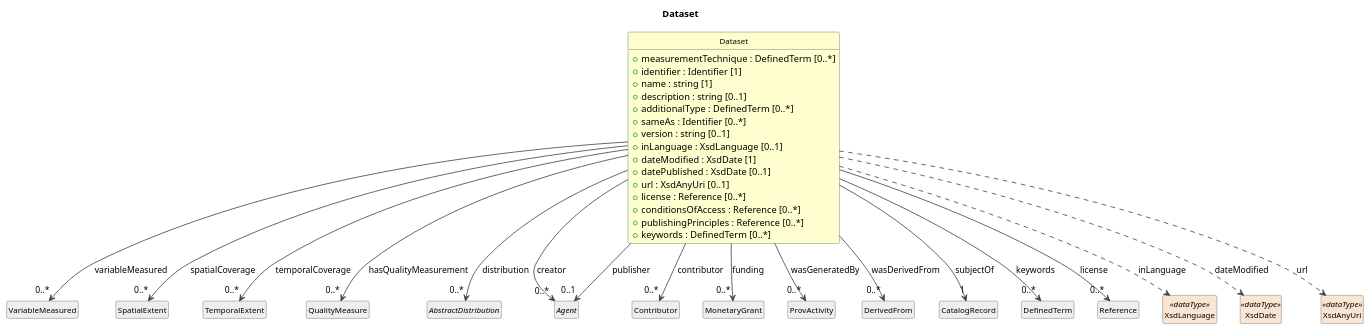
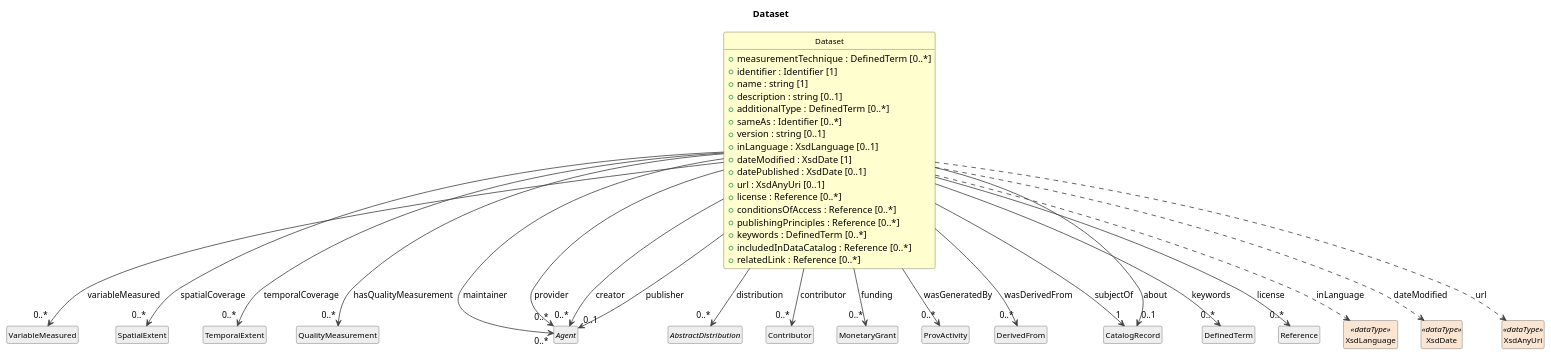
Before and after one commit to Cross-Domain-Interoperability-Framework/metadataBuildingBlocks: the diagram in cdif-uml-model/CDIFDiscovery/Classes/Dataset.pu, drawn with PlantUML. The commit also changed 504 other files, not shown here.

First line of the commit message:
Regenerate cdif-uml-model browser from current profile configs

```diff
--- a/cdif-uml-model/CDIFDiscovery/Classes/Dataset.pu
+++ b/cdif-uml-model/CDIFDiscovery/Classes/Dataset.pu
@@ -1,64 +1,69 @@
 @startuml
 title Dataset
 hide circle
 hide empty members
 skinparam shadowing false
 skinparam ArrowThickness 1.2
 skinparam class {
   ArrowColor #404040
   BorderColor #404040
   FontSize 12
 }
 
 class "Dataset" as Dataset #FEFECE {
   +measurementTechnique : DefinedTerm [0..*]
   +identifier : Identifier [1]
   +name : string [1]
   +description : string [0..1]
   +additionalType : DefinedTerm [0..*]
   +sameAs : Identifier [0..*]
   +version : string [0..1]
   +inLanguage : XsdLanguage [0..1]
   +dateModified : XsdDate [1]
   +datePublished : XsdDate [0..1]
   +url : XsdAnyUri [0..1]
   +license : Reference [0..*]
   +conditionsOfAccess : Reference [0..*]
   +publishingPrinciples : Reference [0..*]
   +keywords : DefinedTerm [0..*]
+  +includedInDataCatalog : Reference [0..*]
+  +relatedLink : Reference [0..*]
 }
 class "VariableMeasured" as VariableMeasured #EEEEEE
 Dataset --> "0..*" VariableMeasured : variableMeasured
 class "SpatialExtent" as SpatialExtent #EEEEEE
 Dataset --> "0..*" SpatialExtent : spatialCoverage
 class "TemporalExtent" as TemporalExtent #EEEEEE
 Dataset --> "0..*" TemporalExtent : temporalCoverage
-class "QualityMeasure" as QualityMeasure #EEEEEE
-Dataset --> "0..*" QualityMeasure : hasQualityMeasurement
+class "QualityMeasurement" as QualityMeasurement #EEEEEE
+Dataset --> "0..*" QualityMeasurement : hasQualityMeasurement
+abstract class "Agent" as Agent #EEEEEE
+Dataset --> "0..*" Agent : maintainer
+Dataset --> "0..*" Agent : provider
 abstract class "AbstractDistribution" as AbstractDistribution #EEEEEE
 Dataset --> "0..*" AbstractDistribution : distribution
-abstract class "Agent" as Agent #EEEEEE
 Dataset --> "0..*" Agent : creator
 class "Contributor" as Contributor #EEEEEE
 Dataset --> "0..*" Contributor : contributor
 Dataset --> "0..1" Agent : publisher
 class "MonetaryGrant" as MonetaryGrant #EEEEEE
 Dataset --> "0..*" MonetaryGrant : funding
 class "ProvActivity" as ProvActivity #EEEEEE
 Dataset --> "0..*" ProvActivity : wasGeneratedBy
 class "DerivedFrom" as DerivedFrom #EEEEEE
 Dataset --> "0..*" DerivedFrom : wasDerivedFrom
 class "CatalogRecord" as CatalogRecord #EEEEEE
 Dataset --> "1" CatalogRecord : subjectOf
 class "DefinedTerm" as DefinedTerm #EEEEEE
 Dataset --> "0..*" DefinedTerm : keywords
 class "Reference" as Reference #EEEEEE
 Dataset --> "0..*" Reference : license
+CatalogRecord "0..1" <-- Dataset : about
 class "XsdLanguage" as XsdLanguage <<dataType>> #FAE5D3
 Dataset ..> XsdLanguage : inLanguage
 class "XsdDate" as XsdDate <<dataType>> #FAE5D3
 Dataset ..> XsdDate : dateModified
 class "XsdAnyUri" as XsdAnyUri <<dataType>> #FAE5D3
 Dataset ..> XsdAnyUri : url
 
 @enduml
```
